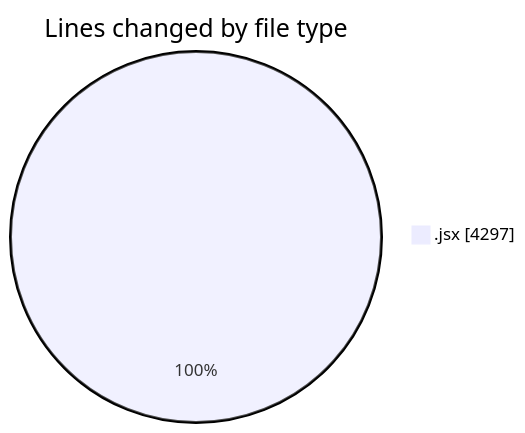
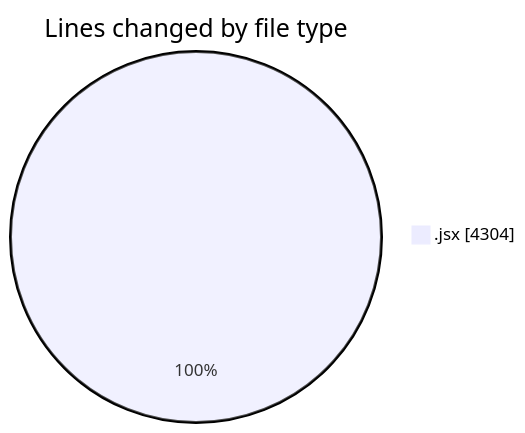
One commit to nxtqubesakshisongat/code-tracking changed the first of 2 diagrams in 2025-06-02/nxtqube_webapp/README.md. Above: the diagram before and after it, drawn with Mermaid. The commit also changed other lines of this file and 1 other file, not shown here.

````diff
--- a/2025-06-02/nxtqube_webapp/README.md
+++ b/2025-06-02/nxtqube_webapp/README.md
@@ -21,5 +21,5 @@
 ```mermaid
 pie showData
 title Lines changed by file type
-".jsx" : 4297
+".jsx" : 4304
 ```
````
